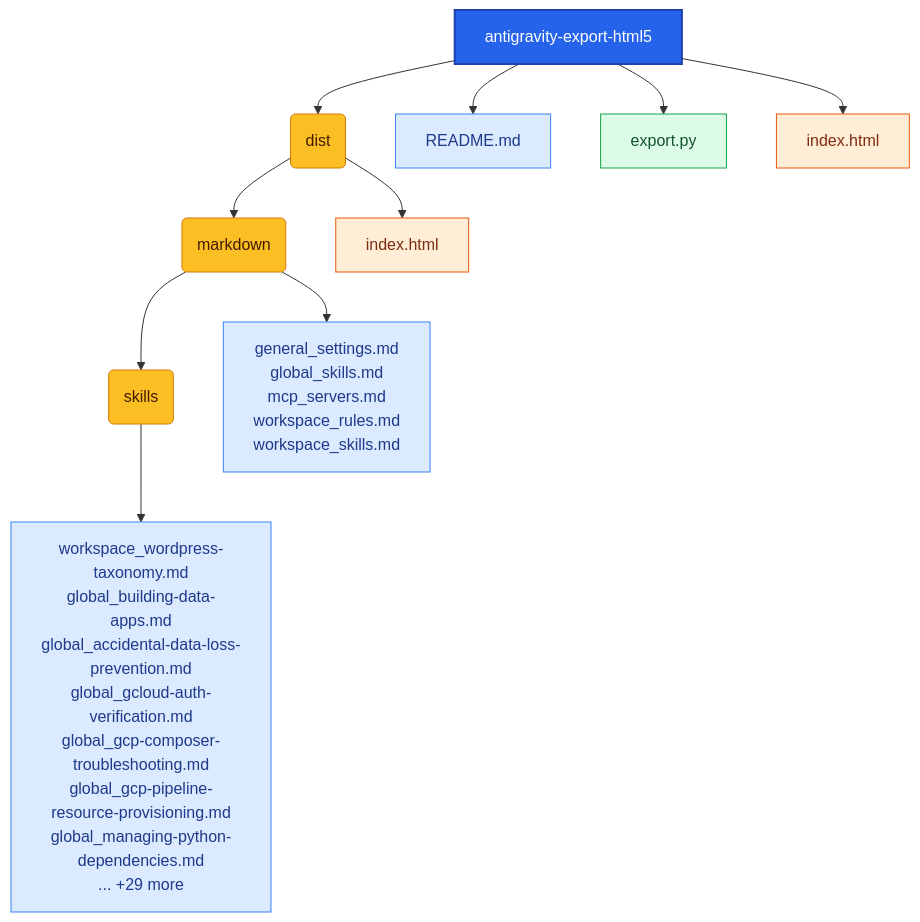
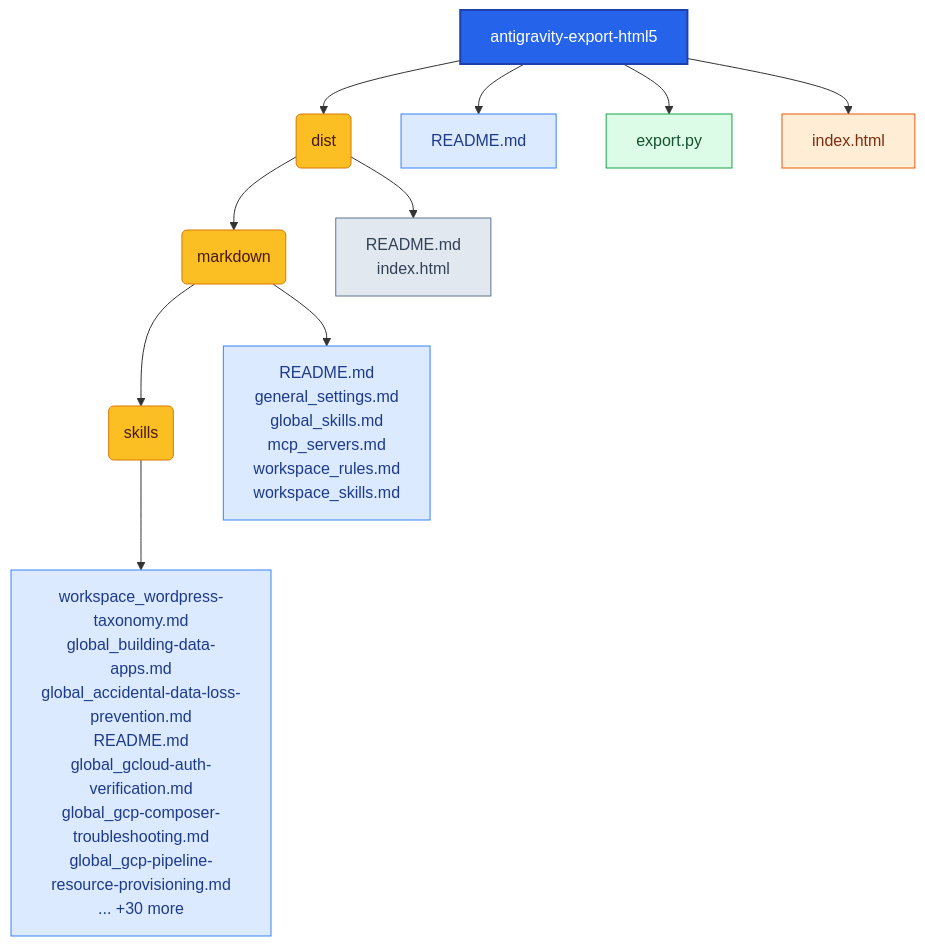
One commit to Richie086/scripts-public changed the diagram in projects/antigravity-export-html5/README.md. Above: the diagram before and after it, drawn with Mermaid. The commit also changed 9 other files, not shown here.

````diff
--- a/projects/antigravity-export-html5/README.md
+++ b/projects/antigravity-export-html5/README.md
@@ -11,17 +11,18 @@
 ```mermaid
 graph TD
 	root["antigravity-export-html5"]:::root --> n1("dist"):::folder
 	root["antigravity-export-html5"]:::root --> n2["README.md"]:::file-md
 	root["antigravity-export-html5"]:::root --> n3["export.py"]:::file-py
 	root["antigravity-export-html5"]:::root --> n4["index.html"]:::file-html
 	n1 --> n1_1("markdown"):::folder
-	n1 --> n1_2["index.html"]:::file-html
+	n1 --> n1_3["README.md<br>index.html"]:::file-bundle
 	n1_1 --> n1_1_1("skills"):::folder
-	n1_1 --> n1_1_6["general_settings.md<br>global_skills.md<br>mcp_servers.md<br>workspace_rules.md<br>workspace_skills.md"]:::file-md
-	n1_1_1 --> n1_1_1_36["workspace_wordpress-taxonomy.md<br>global_building-data-apps.md<br>global_accidental-data-loss-prevention.md<br>global_gcloud-auth-verification.md<br>global_gcp-composer-troubleshooting.md<br>global_gcp-pipeline-resource-provisioning.md<br>global_managing-python-dependencies.md<br>... +29 more"]:::file-md
+	n1_1 --> n1_1_7["README.md<br>general_settings.md<br>global_skills.md<br>mcp_servers.md<br>workspace_rules.md<br>workspace_skills.md"]:::file-md
+	n1_1_1 --> n1_1_1_37["workspace_wordpress-taxonomy.md<br>global_building-data-apps.md<br>global_accidental-data-loss-prevention.md<br>README.md<br>global_gcloud-auth-verification.md<br>global_gcp-composer-troubleshooting.md<br>global_gcp-pipeline-resource-provisioning.md<br>... +30 more"]:::file-md
 classDef root fill:#2563eb,stroke:#1e40af,stroke-width:2px,color:#ffffff;
 classDef folder fill:#fbbf24,stroke:#d97706,stroke-width:1px,color:#451a03;
+classDef file-bundle fill:#e2e8f0,stroke:#64748b,stroke-width:1px,color:#334155;
 classDef file-html fill:#ffedd5,stroke:#ea580c,stroke-width:1px,color:#7c2d12;
 classDef file-md fill:#dbeafe,stroke:#3b82f6,stroke-width:1px,color:#1e3a8a;
 classDef file-py fill:#dcfce7,stroke:#16a34a,stroke-width:1px,color:#14532d;
 ```
````
